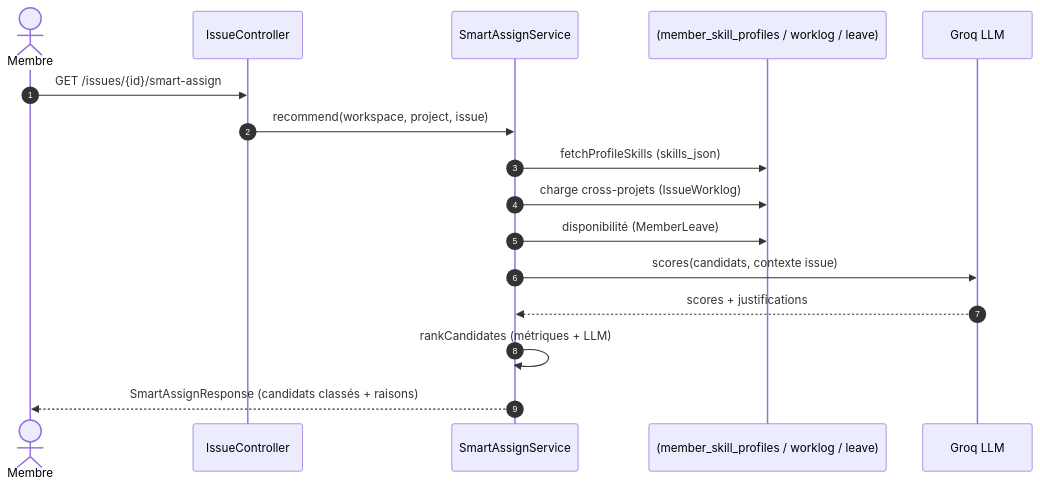
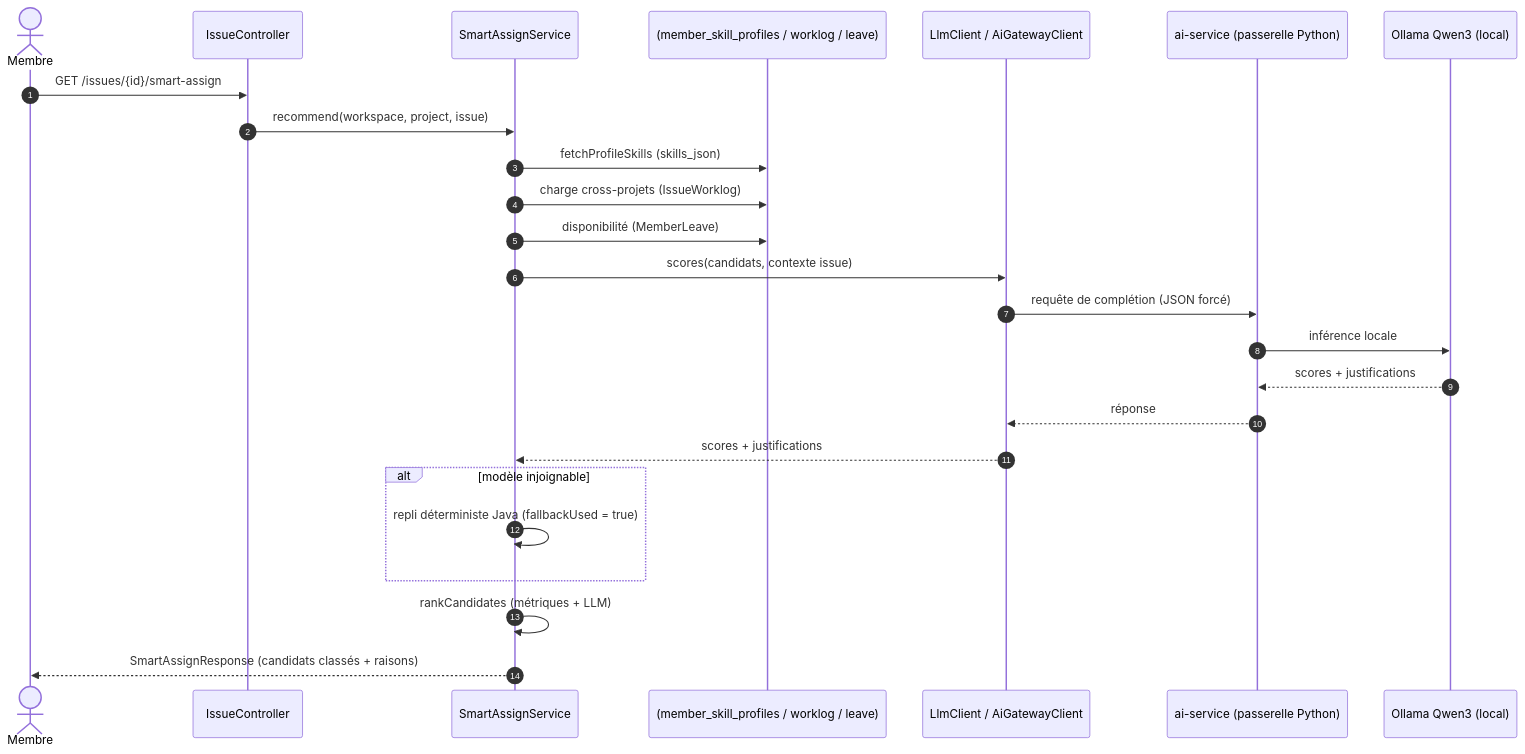
One commit to taskforce-project/taskforce-docs changed the third of 6 diagrams in v1/03-architecture/Diagrammes_Sequence_UML.md. Above: the diagram before and after it, drawn with Mermaid. The commit also changed other lines of this file, not shown here.

Commit message:
refactor: update UML sequence diagram for smart-assign service

````diff
--- a/v1/03-architecture/Diagrammes_Sequence_UML.md
+++ b/v1/03-architecture/Diagrammes_Sequence_UML.md
@@ -102,19 +112,28 @@
 ```mermaid
 sequenceDiagram
     autonumber
     actor M as Membre
     participant IC as IssueController
     participant SA as SmartAssignService
     participant DB as (member_skill_profiles / worklog / leave)
-    participant GROQ as Groq LLM
+    participant LC as LlmClient / AiGatewayClient
+    participant GW as ai-service (passerelle Python)
+    participant LLM as Ollama Qwen3 (local)
 
     M->>IC: GET /issues/{id}/smart-assign
     IC->>SA: recommend(workspace, project, issue)
     SA->>DB: fetchProfileSkills (skills_json)
     SA->>DB: charge cross-projets (IssueWorklog)
     SA->>DB: disponibilité (MemberLeave)
-    SA->>GROQ: scores(candidats, contexte issue)
-    GROQ-->>SA: scores + justifications
+    SA->>LC: scores(candidats, contexte issue)
+    LC->>GW: requête de complétion (JSON forcé)
+    GW->>LLM: inférence locale
+    LLM-->>GW: scores + justifications
+    GW-->>LC: réponse
+    LC-->>SA: scores + justifications
+    alt modèle injoignable
+        SA->>SA: repli déterministe Java (fallbackUsed = true)
+    end
     SA->>SA: rankCandidates (métriques + LLM)
     SA-->>M: SmartAssignResponse (candidats classés + raisons)
 ```
````
